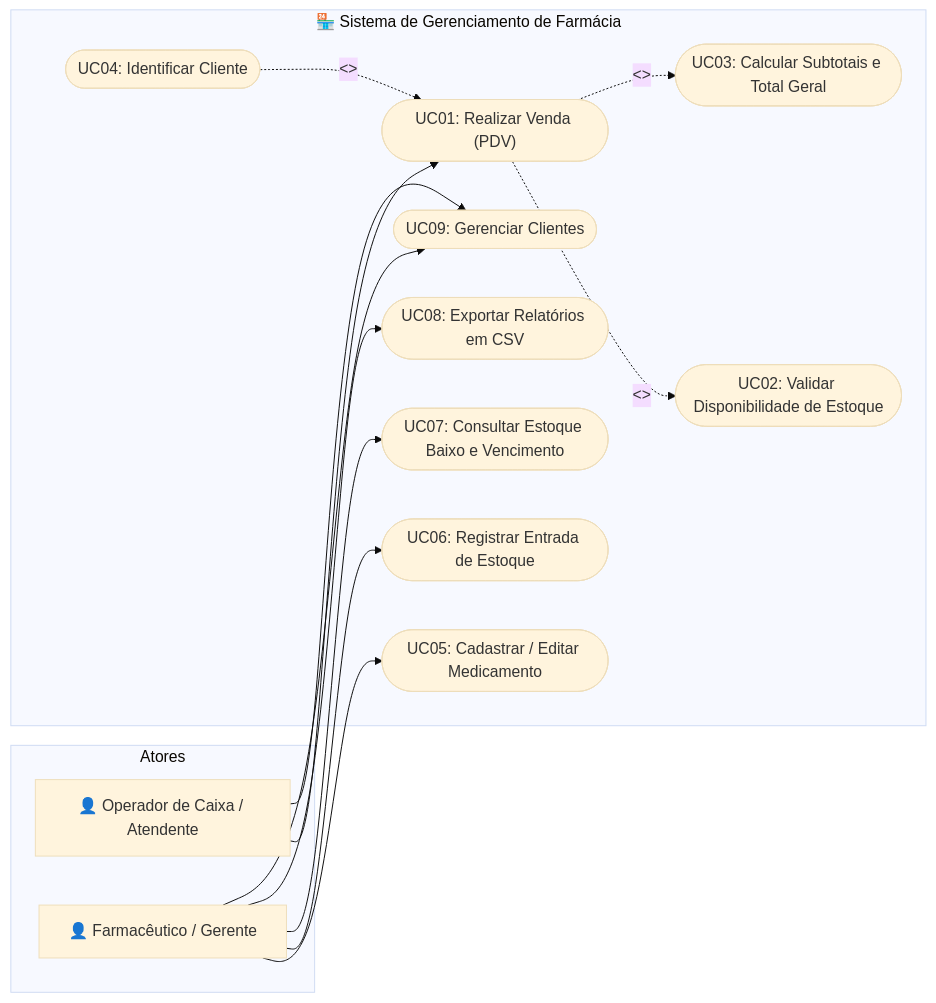
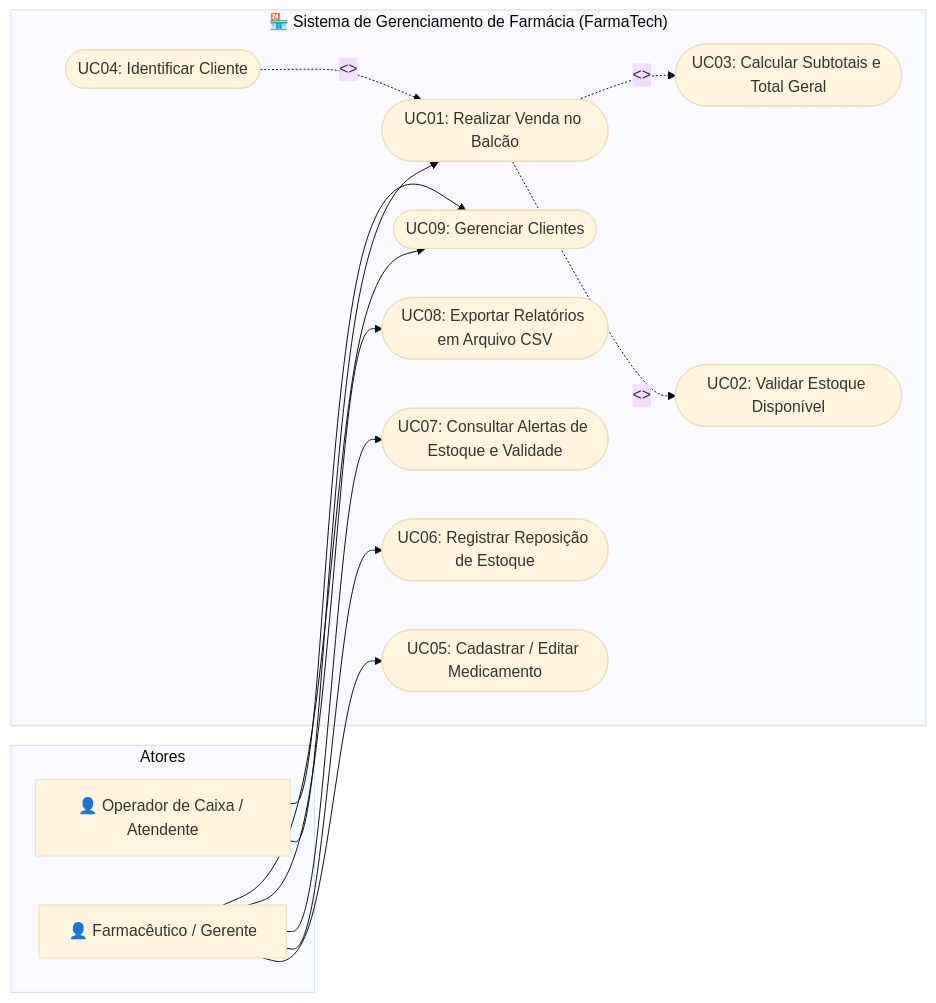
Before and after one commit to kawezito/projeto-mauricio-segundo-periodo: the first of 2 diagrams in docs/casos_de_uso_mvp.md, drawn with Mermaid (base theme). The commit also changed other lines of this file and 36 other files, not shown here.

Commit message:
feat: implementar arquitetura SOLID, SQLite e atualizar requisitos e MVP segundo Valente Cap. 3

````diff
--- a/docs/casos_de_uso_mvp.md
+++ b/docs/casos_de_uso_mvp.md
@@ -122,35 +153,35 @@
 ```mermaid
 flowchart LR
     subgraph Atores
         Operador["👤 Operador de Caixa / Atendente"]
         Farmaceutico["👤 Farmacêutico / Gerente"]
     end
 
-    subgraph Sistema["🏪 Sistema de Gerenciamento de Farmácia"]
-        UC01(["UC01: Realizar Venda (PDV)"])
-        UC02(["UC02: Validar Disponibilidade de Estoque"])
+    subgraph Sistema["🏪 Sistema de Gerenciamento de Farmácia (FarmaTech)"]
+        UC01(["UC01: Realizar Venda no Balcão"])
+        UC02(["UC02: Validar Estoque Disponível"])
         UC03(["UC03: Calcular Subtotais e Total Geral"])
         UC04(["UC04: Identificar Cliente"])
         UC05(["UC05: Cadastrar / Editar Medicamento"])
-        UC06(["UC06: Registrar Entrada de Estoque"])
-        UC07(["UC07: Consultar Estoque Baixo e Vencimento"])
-        UC08(["UC08: Exportar Relatórios em CSV"])
+        UC06(["UC06: Registrar Reposição de Estoque"])
+        UC07(["UC07: Consultar Alertas de Estoque e Validade"])
+        UC08(["UC08: Exportar Relatórios em Arquivo CSV"])
         UC09(["UC09: Gerenciar Clientes"])
     end
 
     %% Ligações do Operador de Caixa
     Operador --> UC01
     Operador --> UC09
 
-    %% Inclusões e Extensões da Venda (Conforme Valente Cap. 3)
+    %% Inclusões Mandatórias (<<include>>) e Extensões Condicionais (<<extend>>)
     UC01 -.->|"<<include>>"| UC02
     UC01 -.->|"<<include>>"| UC03
     UC04 -.->|"<<extend>>"| UC01
 
     %% Ligações do Farmacêutico / Gerente
     Farmaceutico --> UC05
     Farmaceutico --> UC06
     Farmaceutico --> UC07
     Farmaceutico --> UC08
     Farmaceutico --> UC09
 ```
````
